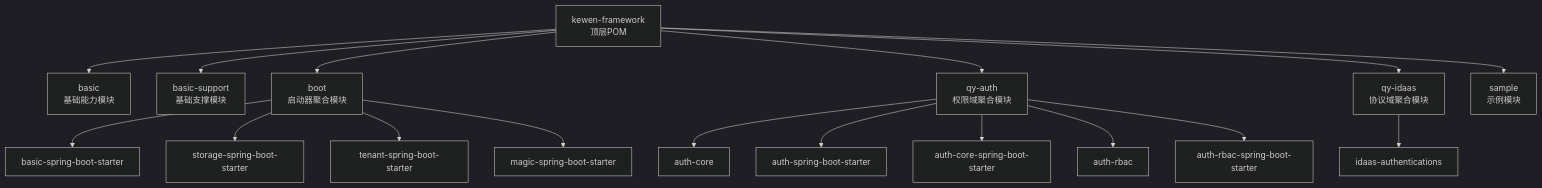
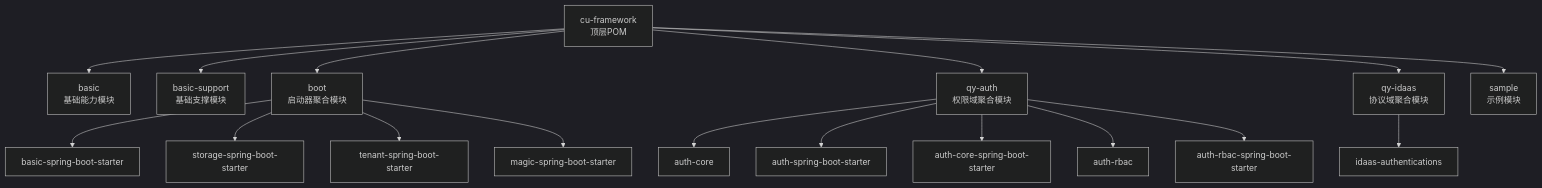
The first of 6 diagrams in .qoder/repowiki/zh/content/项目概述.md (LiukewenSC/kewen-framework), drawn with Mermaid (dark theme) before and after one commit. The commit also changed other lines of this file and 764 other files, not shown here.

````diff
--- a/.qoder/repowiki/zh/content/项目概述.md
+++ b/.qoder/repowiki/zh/content/项目概述.md
@@ -47,19 +47,19 @@
 ```mermaid
 graph TB
-root["kewen-framework<br/>顶层POM"] --> basic_mod["basic<br/>基础能力模块"]
+root["cu-framework<br/>顶层POM"] --> basic_mod["basic<br/>基础能力模块"]
 root --> basic_support_mod["basic-support<br/>基础支撑模块"]
 root --> boot_mod["boot<br/>启动器聚合模块"]
 root --> qy_auth_mod["qy-auth<br/>权限域聚合模块"]
 root --> qy_idaas_mod["qy-idaas<br/>协议域聚合模块"]
 root --> sample_mod["sample<br/>示例模块"]
 boot_mod --> basic_starter["basic-spring-boot-starter"]
 boot_mod --> storage_starter["storage-spring-boot-starter"]
 boot_mod --> tenant_starter["tenant-spring-boot-starter"]
 boot_mod --> magic_starter["magic-spring-boot-starter"]
 qy_auth_mod --> auth_core["auth-core"]
 qy_auth_mod --> auth_spring_boot_starter["auth-spring-boot-starter"]
 qy_auth_mod --> auth_core_starter["auth-core-spring-boot-starter"]
 qy_auth_mod --> auth_rbac["auth-rbac"]
 qy_auth_mod --> auth_rbac_starter["auth-rbac-spring-boot-starter"]
 qy_idaas_mod --> idaas_auth["idaas-authentications"]
 ```
````
